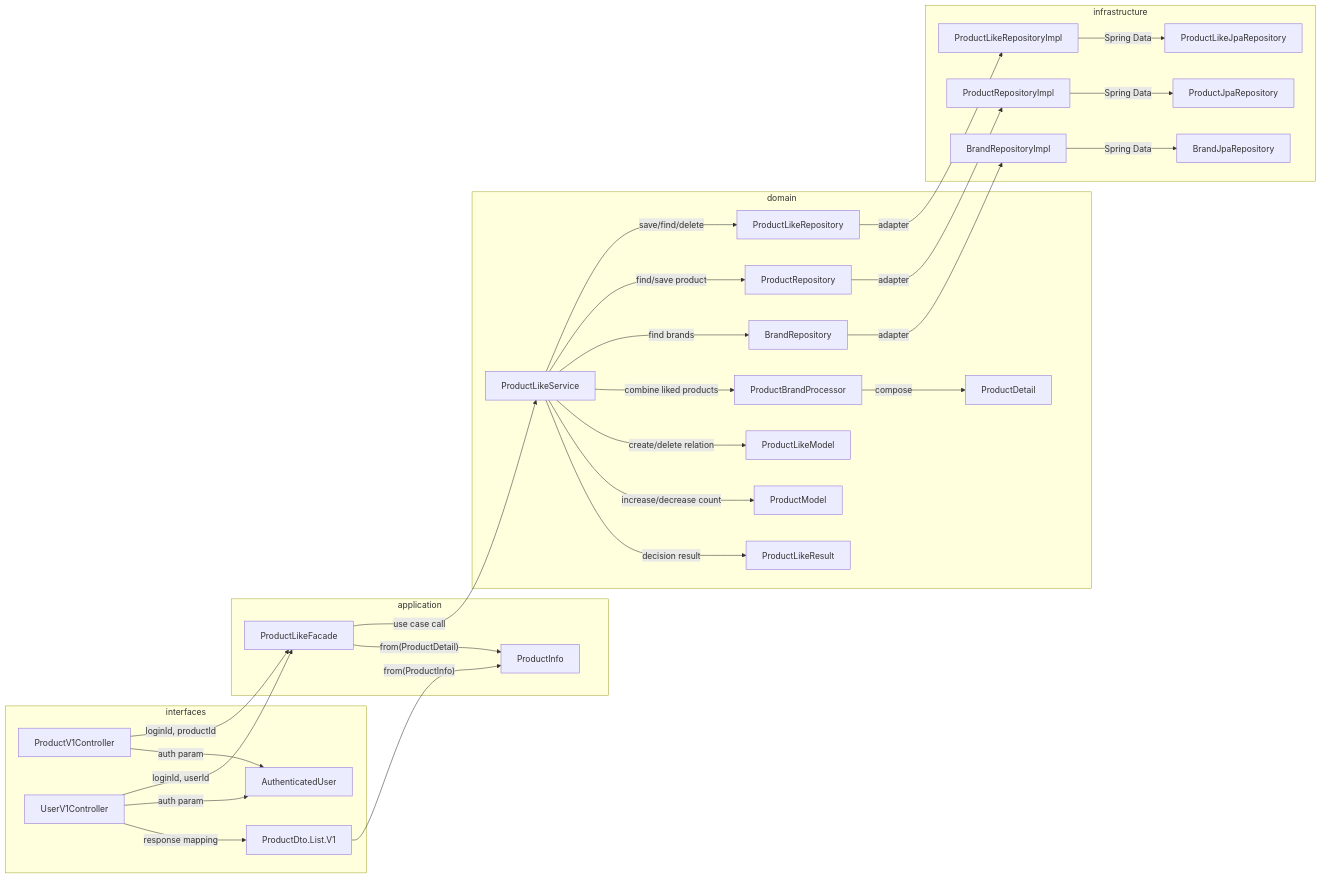
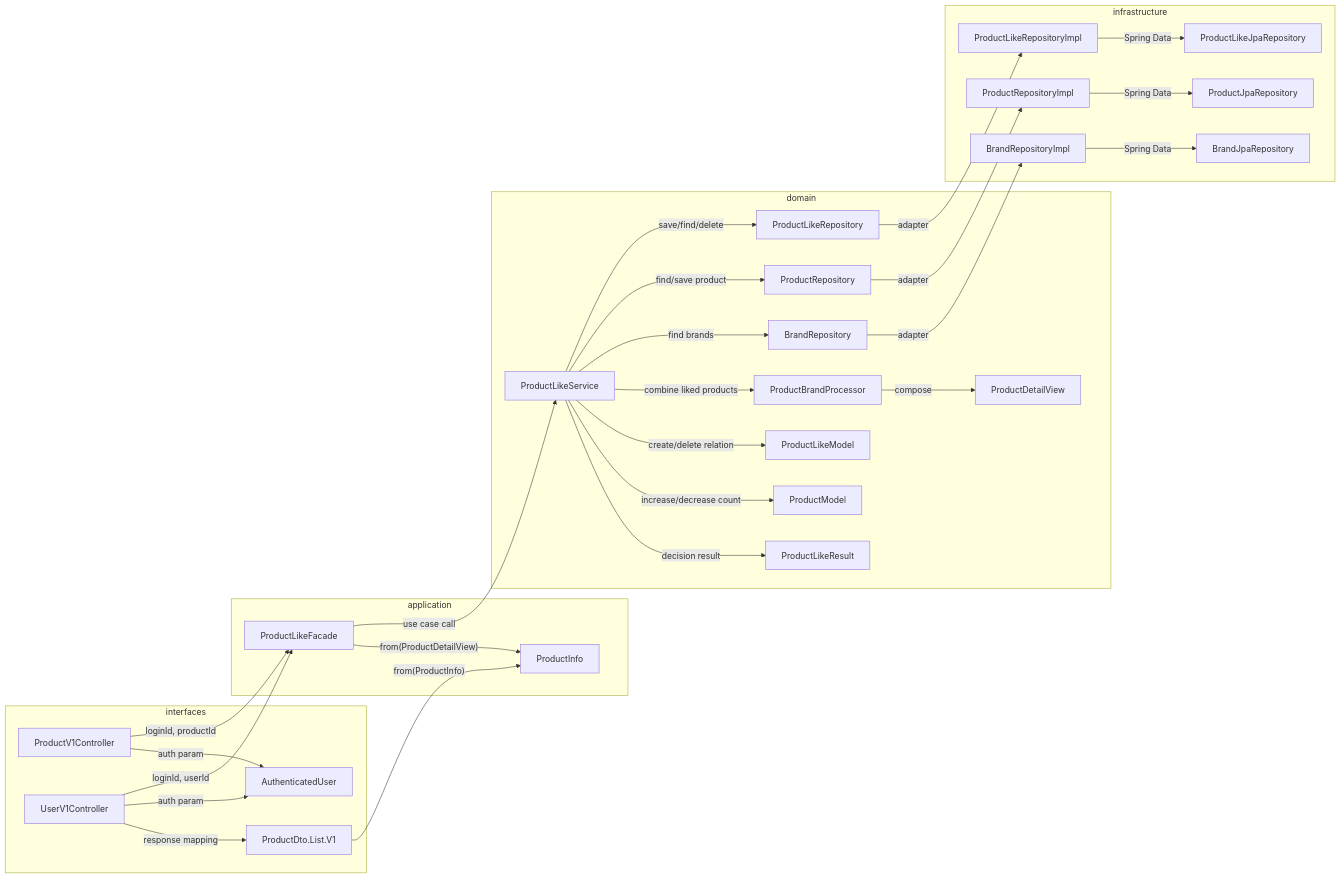
Before and after one commit to loopers-labs/loop-pack-be-l2-vol4-java: the fourth of 6 diagrams in docs/week3/01-api-dependency-structure.md, drawn with Mermaid. The commit also changed other lines of this file and 10 other files, not shown here.

````diff
--- a/docs/week3/01-api-dependency-structure.md
+++ b/docs/week3/01-api-dependency-structure.md
@@ -210,61 +210,61 @@
 ```mermaid
 flowchart LR
     subgraph interfaces
         ProductV1Controller
         UserV1Controller
         ProductDto["ProductDto.List.V1"]
         AuthenticatedUser
     end
 
     subgraph application
         ProductLikeFacade
         ProductInfo
     end
 
     subgraph domain
         ProductLikeService
         ProductLikeRepository
         ProductRepository
         BrandRepository
         ProductBrandProcessor
         ProductLikeModel
         ProductModel
         ProductLikeResult
-        ProductDetail
+        ProductDetailView
     end
 
     subgraph infrastructure
         ProductLikeRepositoryImpl
         ProductLikeJpaRepository
         ProductRepositoryImpl
         ProductJpaRepository
         BrandRepositoryImpl
         BrandJpaRepository
     end
 
     ProductV1Controller -->|"loginId, productId"| ProductLikeFacade
     UserV1Controller -->|"loginId, userId"| ProductLikeFacade
     ProductV1Controller -->|"auth param"| AuthenticatedUser
     UserV1Controller -->|"auth param"| AuthenticatedUser
     UserV1Controller -->|"response mapping"| ProductDto
     ProductDto -->|"from(ProductInfo)"| ProductInfo
 
     ProductLikeFacade -->|"use case call"| ProductLikeService
-    ProductLikeFacade -->|"from(ProductDetail)"| ProductInfo
+    ProductLikeFacade -->|"from(ProductDetailView)"| ProductInfo
 
     ProductLikeService -->|"save/find/delete"| ProductLikeRepository
     ProductLikeService -->|"find/save product"| ProductRepository
     ProductLikeService -->|"find brands"| BrandRepository
     ProductLikeService -->|"combine liked products"| ProductBrandProcessor
     ProductLikeService -->|"create/delete relation"| ProductLikeModel
     ProductLikeService -->|"increase/decrease count"| ProductModel
     ProductLikeService -->|"decision result"| ProductLikeResult
-    ProductBrandProcessor -->|"compose"| ProductDetail
+    ProductBrandProcessor -->|"compose"| ProductDetailView
 
     ProductLikeRepository -->|"adapter"| ProductLikeRepositoryImpl
     ProductLikeRepositoryImpl -->|"Spring Data"| ProductLikeJpaRepository
     ProductRepository -->|"adapter"| ProductRepositoryImpl
     ProductRepositoryImpl -->|"Spring Data"| ProductJpaRepository
     BrandRepository -->|"adapter"| BrandRepositoryImpl
     BrandRepositoryImpl -->|"Spring Data"| BrandJpaRepository
 ```
````
